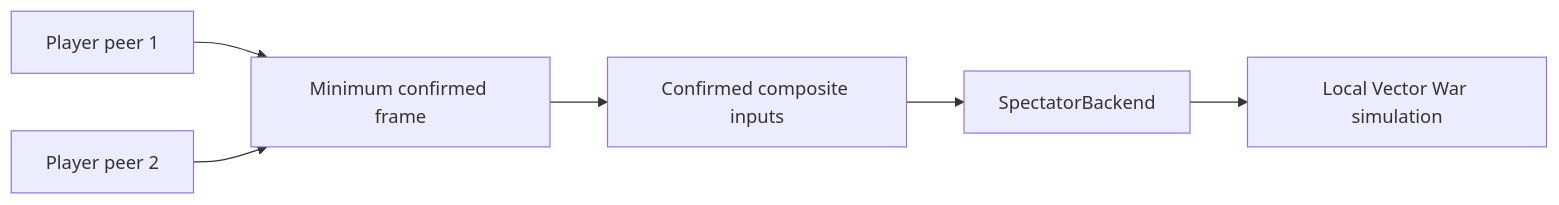
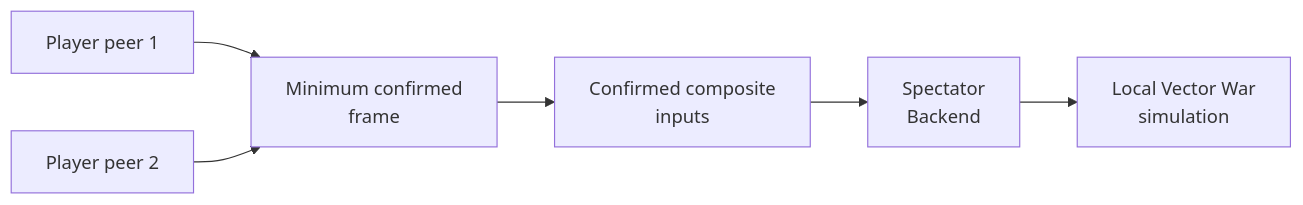
One commit to irregularthanis/ggpo-next changed the seventh of 7 diagrams in doc/architecture/VectorWar.md. Above: the diagram before and after it, drawn with Mermaid. The commit also changed other lines of this file and 9 other files, not shown here.

Commit message:
docs: wrap Mermaid diagram labels

````diff
--- a/doc/architecture/VectorWar.md
+++ b/doc/architecture/VectorWar.md
@@ -311,13 +311,13 @@
 ```mermaid
 flowchart LR
     P1["Player peer 1"]
     P2["Player peer 2"]
-    Confirm["Minimum confirmed frame"]
-    Stream["Confirmed composite inputs"]
-    Spectator["SpectatorBackend"]
-    Sim["Local Vector War simulation"]
+    Confirm["Minimum confirmed<br/>frame"]
+    Stream["Confirmed composite<br/>inputs"]
+    Spectator["Spectator<br/>Backend"]
+    Sim["Local Vector War<br/>simulation"]
 
     P1 --> Confirm
     P2 --> Confirm
     Confirm --> Stream --> Spectator --> Sim
 ```
````
